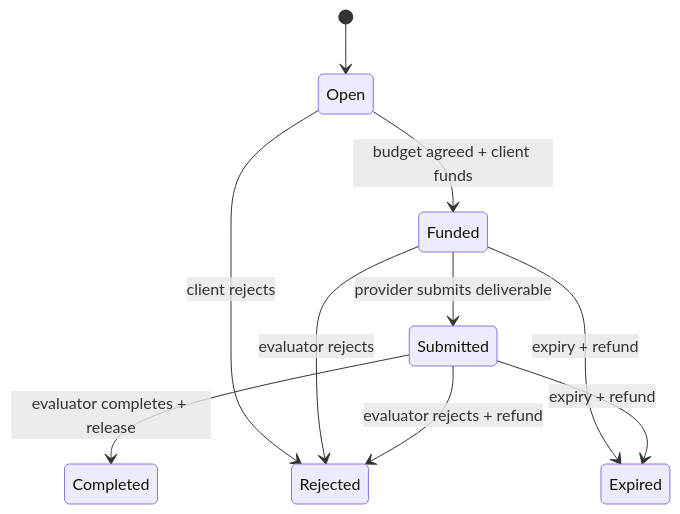
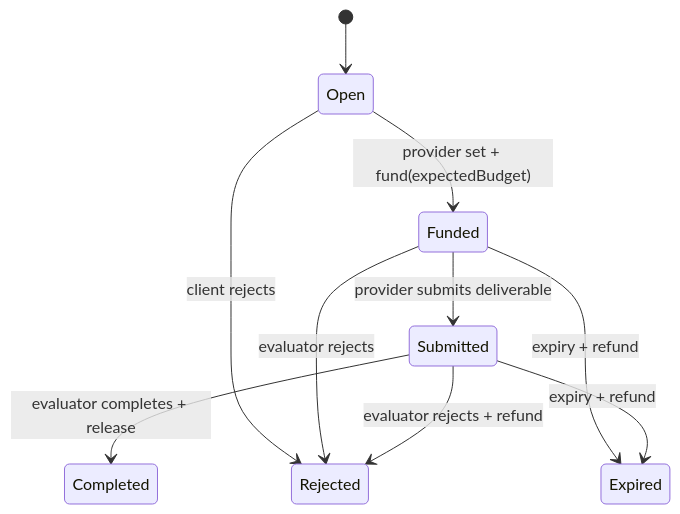
One commit to twodog-tt/Golang-development-manual changed the third of 3 diagrams in docs/topics/10-ai-engineering/S-AI-13-x402-erc8183-agent-commerce.md. Above: the diagram before and after it, drawn with Mermaid. The commit also changed other lines of this file and 27 other files, not shown here.

````diff
--- a/docs/topics/10-ai-engineering/S-AI-13-x402-erc8183-agent-commerce.md
+++ b/docs/topics/10-ai-engineering/S-AI-13-x402-erc8183-agent-commerce.md
@@ -186,12 +216,12 @@
 ```mermaid
 stateDiagram-v2
   [*] --> Open
-  Open --> Funded: budget agreed + client funds
+  Open --> Funded: provider set + fund(expectedBudget)
   Open --> Rejected: client rejects
   Funded --> Submitted: provider submits deliverable
   Funded --> Rejected: evaluator rejects
   Funded --> Expired: expiry + refund
   Submitted --> Completed: evaluator completes + release
   Submitted --> Rejected: evaluator rejects + refund
   Submitted --> Expired: expiry + refund
 ```
````
